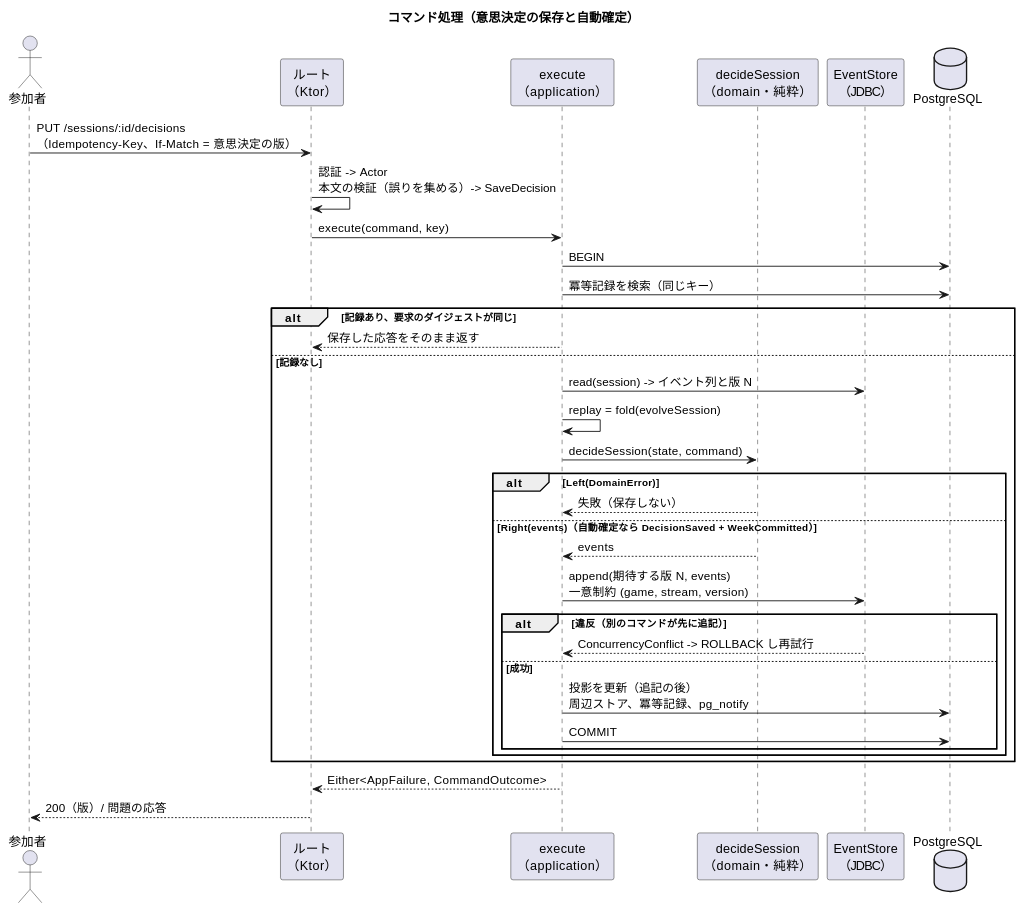
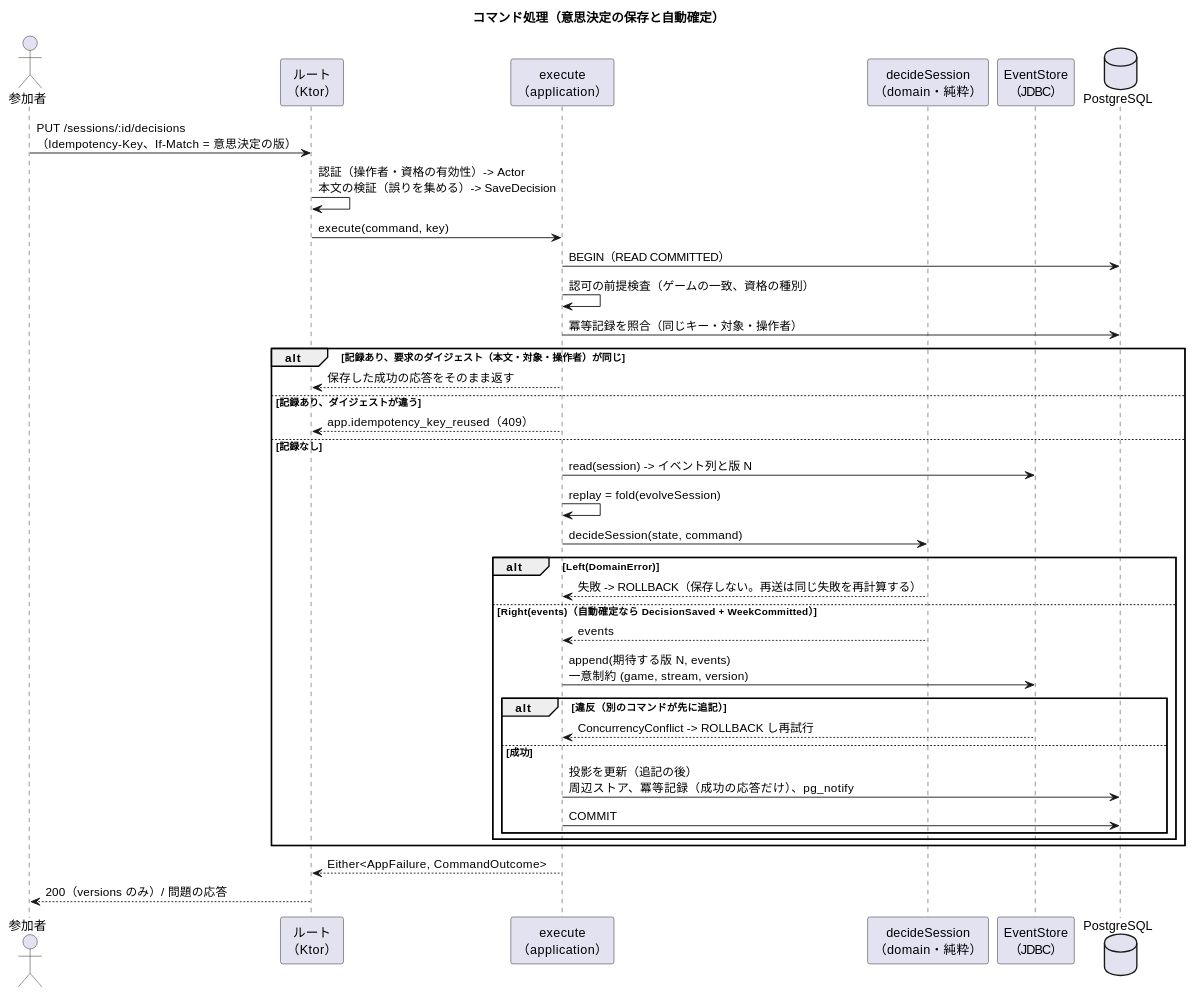
One commit to k2works/case-study-beer-game-simulation changed the second of 3 diagrams in docs/design/beer-game-kotlin/architecture-backend.md. Above: the diagram before and after it, drawn with PlantUML. The commit also changed other lines of this file and 8 other files, not shown here.

````diff
--- a/docs/design/beer-game-kotlin/architecture-backend.md
+++ b/docs/design/beer-game-kotlin/architecture-backend.md
@@ -150,39 +163,42 @@
 ```plantuml
 @startuml
 title コマンド処理（意思決定の保存と自動確定）
 
 actor 参加者 as P
 participant "ルート\n（Ktor）" as R
 participant "execute\n（application）" as X
 participant "decideSession\n（domain・純粋）" as D
 participant "EventStore\n（JDBC）" as ES
 database "PostgreSQL" as DB
 
 P -> R : PUT /sessions/:id/decisions\n（Idempotency-Key、If-Match = 意思決定の版）
-R -> R : 認証 -> Actor\n本文の検証（誤りを集める）-> SaveDecision
+R -> R : 認証（操作者・資格の有効性）-> Actor\n本文の検証（誤りを集める）-> SaveDecision
 R -> X : execute(command, key)
-X -> DB : BEGIN
-X -> DB : 冪等記録を検索（同じキー）
-alt 記録あり、要求のダイジェストが同じ
-  X --> R : 保存した応答をそのまま返す
+X -> DB : BEGIN（READ COMMITTED）
+X -> X : 認可の前提検査（ゲームの一致、資格の種別）
+X -> DB : 冪等記録を照合（同じキー・対象・操作者）
+alt 記録あり、要求のダイジェスト（本文・対象・操作者）が同じ
+  X --> R : 保存した成功の応答をそのまま返す
+else 記録あり、ダイジェストが違う
+  X --> R : app.idempotency_key_reused（409）
 else 記録なし
   X -> ES : read(session) -> イベント列と版 N
   X -> X : replay = fold(evolveSession)
   X -> D : decideSession(state, command)
   alt Left(DomainError)
-    D --> X : 失敗（保存しない）
+    D --> X : 失敗 -> ROLLBACK（保存しない。再送は同じ失敗を再計算する）
   else Right(events)（自動確定なら DecisionSaved + WeekCommitted）
     D --> X : events
     X -> ES : append(期待する版 N, events)\n一意制約 (game, stream, version)
     alt 違反（別のコマンドが先に追記）
       ES --> X : ConcurrencyConflict -> ROLLBACK し再試行
     else 成功
-      X -> DB : 投影を更新（追記の後）\n周辺ストア、冪等記録、pg_notify
+      X -> DB : 投影を更新（追記の後）\n周辺ストア、冪等記録（成功の応答だけ）、pg_notify
       X -> DB : COMMIT
     end
   end
 end
 X --> R : Either<AppFailure, CommandOutcome>
-R --> P : 200（版）/ 問題の応答
+R --> P : 200（versions のみ）/ 問題の応答
 @enduml
 ```
````
